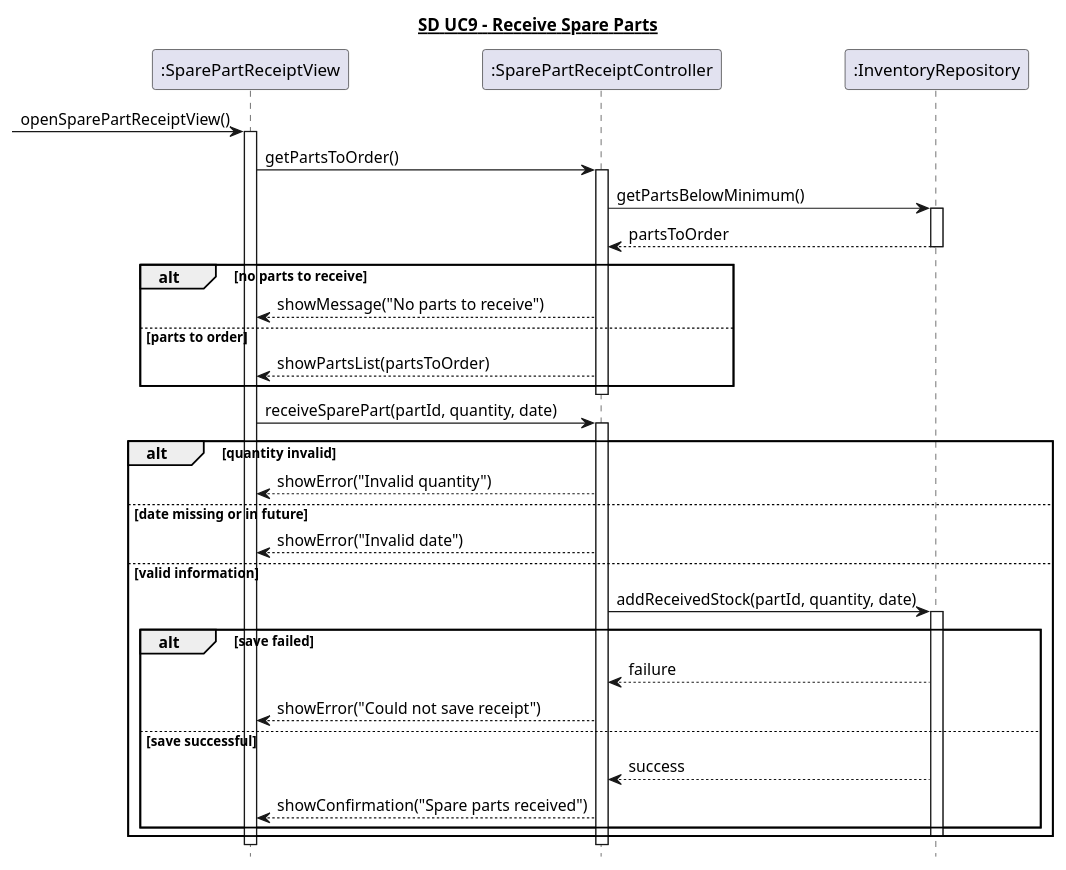
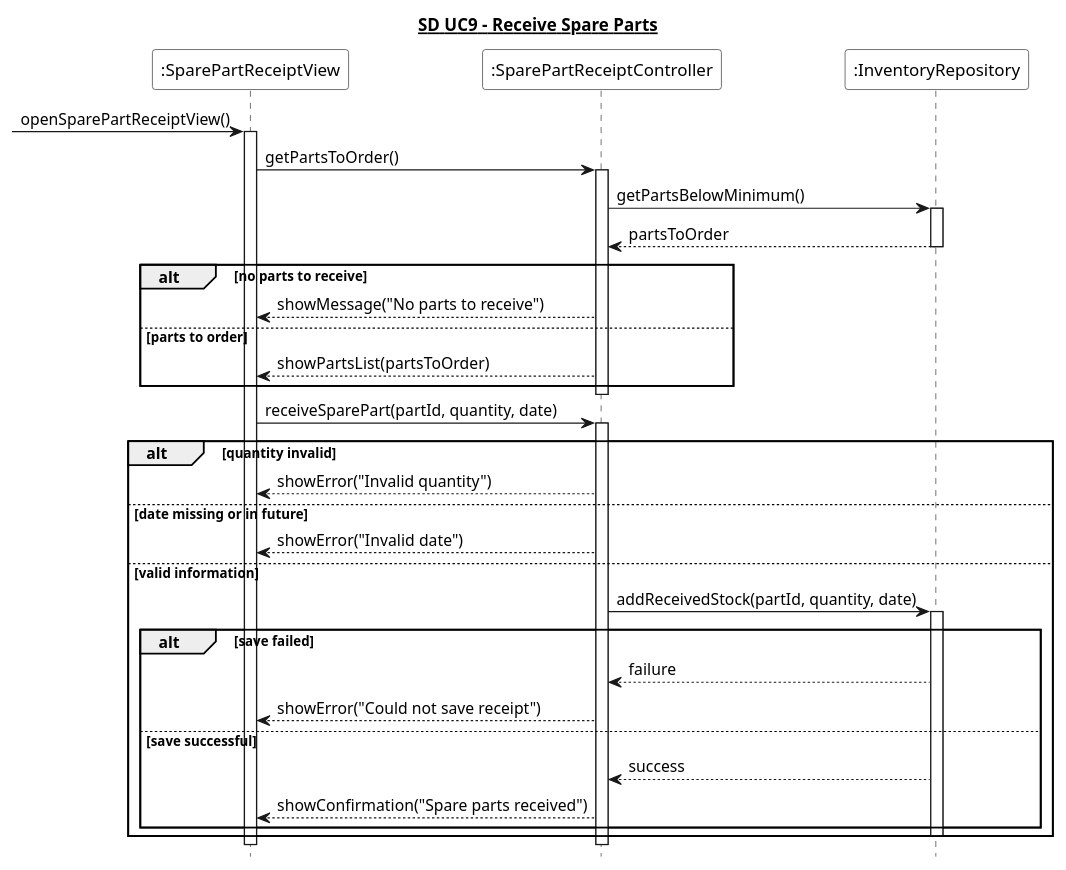
One commit to Zoabz/Getting-Real changed the diagram in 6. Sekvens Diagrammer/UC9_opret_reservedele_modtagelse.puml. Above: the diagram before and after it, drawn with PlantUML. The commit also changed 8 other files, not shown here.

```diff
--- a/6. Sekvens Diagrammer/UC9_opret_reservedele_modtagelse.puml
+++ b/6. Sekvens Diagrammer/UC9_opret_reservedele_modtagelse.puml
@@ -1,57 +1,57 @@
 @startuml
 hide footbox
 title <U>SD UC9 - Receive Spare Parts
 
-participant ":SparePartReceiptView" as View
-participant ":SparePartReceiptController" as Controller
-participant ":InventoryRepository" as Repository
+participant ":SparePartReceiptView" as View #White
+participant ":SparePartReceiptController" as Controller #White
+participant ":InventoryRepository" as Repository #White
 
 [-> View : openSparePartReceiptView()
 activate View
 
 View -> Controller : getPartsToOrder()
 activate Controller
 
 Controller -> Repository : getPartsBelowMinimum()
 activate Repository
 Repository --> Controller : partsToOrder
 deactivate Repository
 
 alt no parts to receive
     Controller --> View : showMessage("No parts to receive")
 
 else parts to order
     Controller --> View : showPartsList(partsToOrder)
 end
 
 deactivate Controller
 
 View -> Controller : receiveSparePart(partId, quantity, date)
 activate Controller
 
 alt quantity invalid
     Controller --> View : showError("Invalid quantity")
 
 else date missing or in future
     Controller --> View : showError("Invalid date")
 
 else valid information
     Controller -> Repository : addReceivedStock(partId, quantity, date)
     activate Repository
 
     alt save failed
         Repository --> Controller : failure
         Controller --> View : showError("Could not save receipt")
 
     else save successful
         Repository --> Controller : success
         Controller --> View : showConfirmation("Spare parts received")
     end
 
     deactivate Repository
 end
 
 deactivate Controller
 deactivate View
 
 @enduml
```
